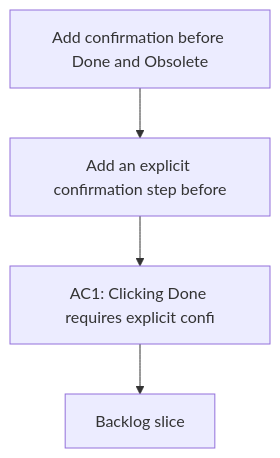
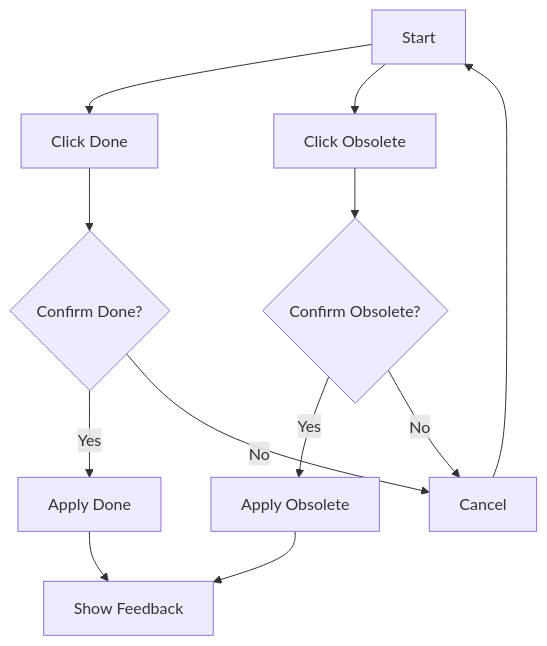
One commit to AlexAgo83/logics-manager changed the diagram in logics/request/req_030_add_confirmation_for_done_and_obsolete_actions.md. Above: the diagram before and after it, drawn with Mermaid. The commit also changed other lines of this file and 54 other files, not shown here.

````diff
--- a/logics/request/req_030_add_confirmation_for_done_and_obsolete_actions.md
+++ b/logics/request/req_030_add_confirmation_for_done_and_obsolete_actions.md
@@ -10,8 +10,25 @@
 ```mermaid
 %% logics-kind: request
 %% logics-signature: request|add-confirmation-before-done-and-obsolet|add-an-explicit-confirmation-step-before|ac1-clicking-done-requires-explicit-conf
 flowchart TD
-    Trigger[Add confirmation before Done and Obsolete] --> Need[Add an explicit confirmation step before]
-    Need --> Outcome[AC1: Clicking Done requires explicit confi]
-    Outcome --> Backlog[Backlog slice]
+  Start[Start]
+  ClickDone[Click Done]
+  ClickObsolete[Click Obsolete]
+  ConfirmDone{Confirm Done?}
+  ConfirmObsolete{Confirm Obsolete?}
+  Cancel[Cancel]
+  ApplyDone[Apply Done]
+  ApplyObsolete[Apply Obsolete]
+  Feedback[Show Feedback]
+  Start --> ClickDone
+  Start --> ClickObsolete
+  ClickDone --> ConfirmDone
+  ClickObsolete --> ConfirmObsolete
+  ConfirmDone -- Yes --> ApplyDone
+  ConfirmDone -- No --> Cancel
+  ConfirmObsolete -- Yes --> ApplyObsolete
+  ConfirmObsolete -- No --> Cancel
+  ApplyDone --> Feedback
+  ApplyObsolete --> Feedback
+  Cancel --> Start
 ```
````
